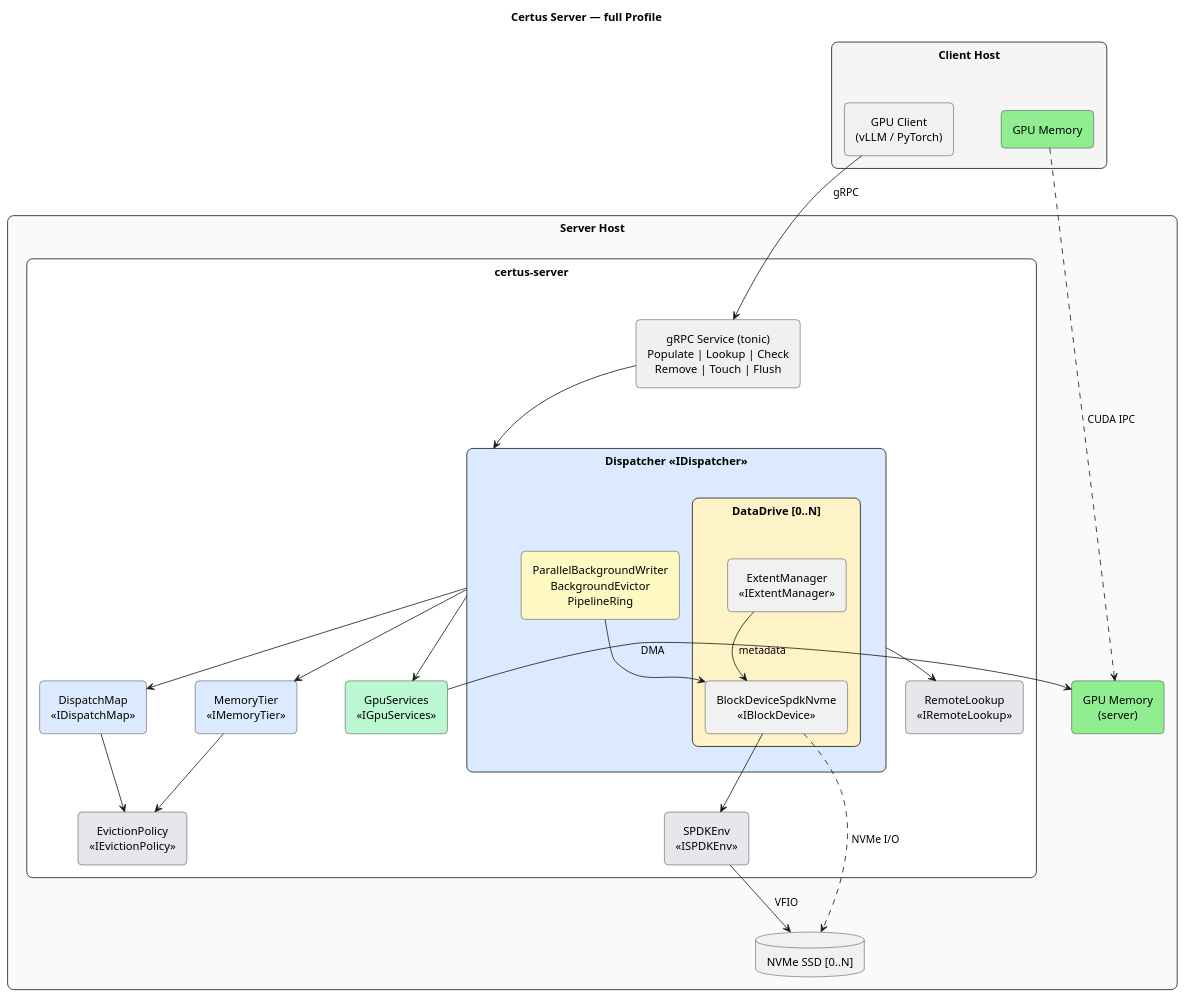
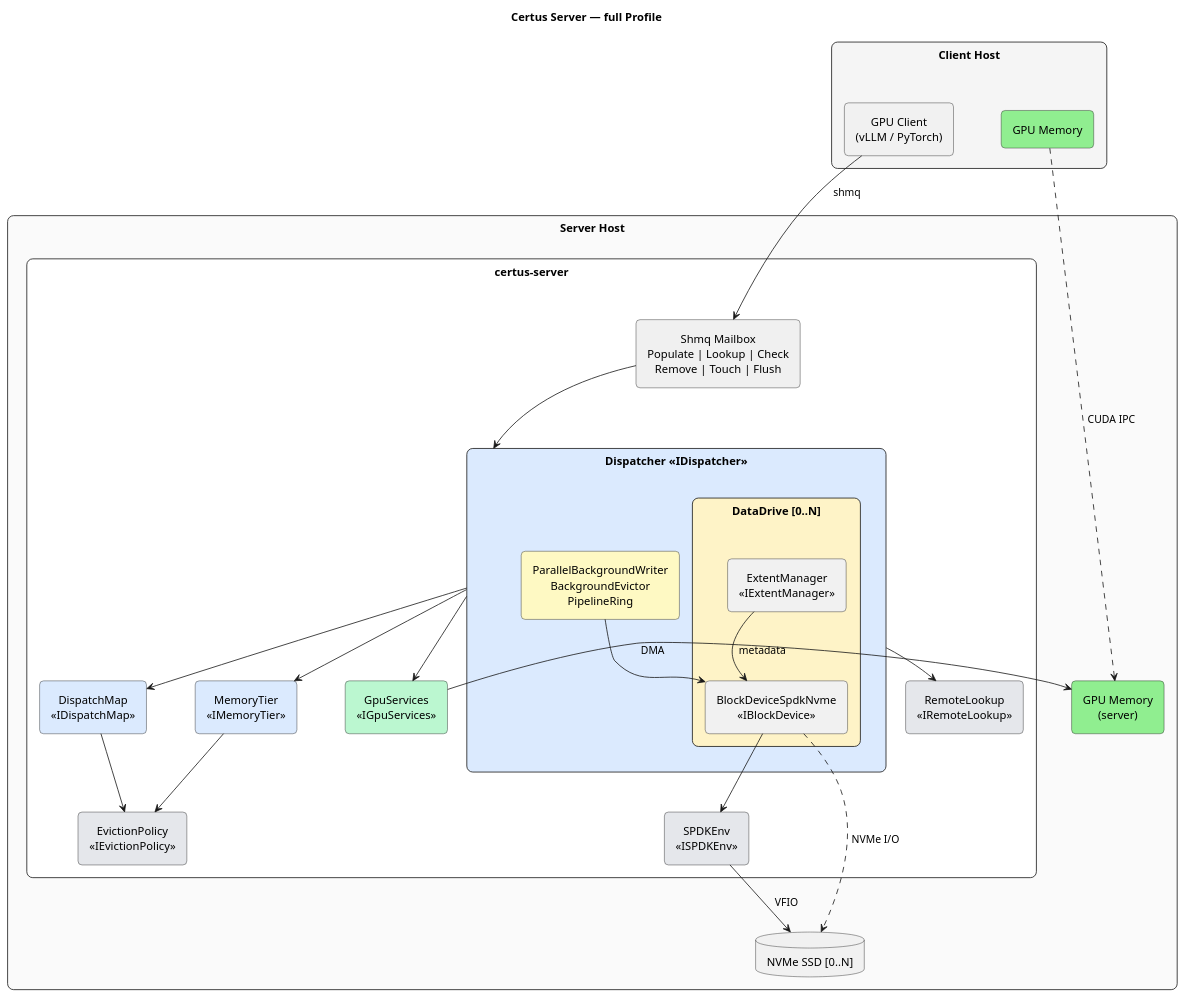
The diagram in design/profiles/full/certus-server-deployment.puml (AI-native-Systems-Research/ai-native-storage-certus), drawn with PlantUML before and after one commit. The commit also changed 283 other files, not shown here.

```diff
--- a/design/profiles/full/certus-server-deployment.puml
+++ b/design/profiles/full/certus-server-deployment.puml
@@ -1,79 +1,79 @@
 @startuml
 skinparam defaultTextAlignment center
 skinparam padding 4
 skinparam nodesep 60
 skinparam ranksep 50
 skinparam rectangle {
     RoundCorner 15
 }
 skinparam agent {
     RoundCorner 10
 }
 hide stereotype
 
 title Certus Server — full Profile
 
 ' ============================================================
 ' CLIENT
 ' ============================================================
 rectangle "**Client Host**" as client_box #F5F5F5 {
     agent "GPU Client\n(vLLM / PyTorch)" as pyclient
     agent "GPU Memory" as client_gpu #LightGreen
 }
 
 ' ============================================================
 ' SERVER
 ' ============================================================
 rectangle "**Server Host**" as server_box #FAFAFA {
 
     rectangle "certus-server" as server_proc #White {
 
-        agent "gRPC Service (tonic)\nPopulate | Lookup | Check\nRemove | Touch | Flush" as grpc #F0F0F0
+        agent "Shmq Mailbox\nPopulate | Lookup | Check\nRemove | Touch | Flush" as shmq #F0F0F0
 
         rectangle "**Dispatcher** <<IDispatcher>>" as dispatcher #DBEAFE {
             rectangle "DataDrive [0..N]" as data_drive #FEF3C7 {
                 agent "BlockDeviceSpdkNvme\n<<IBlockDevice>>" as blkdev
                 agent "ExtentManager\n<<IExtentManager>>" as extmgr
             }
             agent "ParallelBackgroundWriter\nBackgroundEvictor\nPipelineRing" as disp_bg #FEF9C3
         }
 
         agent "DispatchMap\n<<IDispatchMap>>" as dispatch_map #DBEAFE
         agent "MemoryTier\n<<IMemoryTier>>" as memory_tier #DBEAFE
         agent "EvictionPolicy\n<<IEvictionPolicy>>" as eviction #E5E7EB
         agent "GpuServices\n<<IGpuServices>>" as gpu_svc #BBF7D0
         agent "SPDKEnv\n<<ISPDKEnv>>" as spdk_env #E5E7EB
         agent "RemoteLookup\n<<IRemoteLookup>>" as remote_lookup #E5E7EB
     }
 
     agent "GPU Memory\n(server)" as server_gpu #LightGreen
     database "NVMe SSD [0..N]" as nvme_data
 }
 
 ' ============================================================
 ' CONNECTIONS
 ' ============================================================
 
-pyclient -down-> grpc : gRPC
+pyclient -down-> shmq : shmq
 client_gpu .down.> server_gpu : CUDA IPC
 
-grpc -down-> dispatcher
+shmq -down-> dispatcher
 
 dispatcher -down-> dispatch_map
 dispatcher -down-> memory_tier
 dispatcher -down-> gpu_svc
 dispatcher --> remote_lookup
 
 dispatch_map -down-> eviction
 memory_tier -down-> eviction
 
 disp_bg --> blkdev
 blkdev -down-> spdk_env
 extmgr --> blkdev : metadata
 
 gpu_svc -right-> server_gpu : DMA
 
 spdk_env -down-> nvme_data : VFIO
 blkdev .down.> nvme_data : NVMe I/O
 
 @enduml
```
